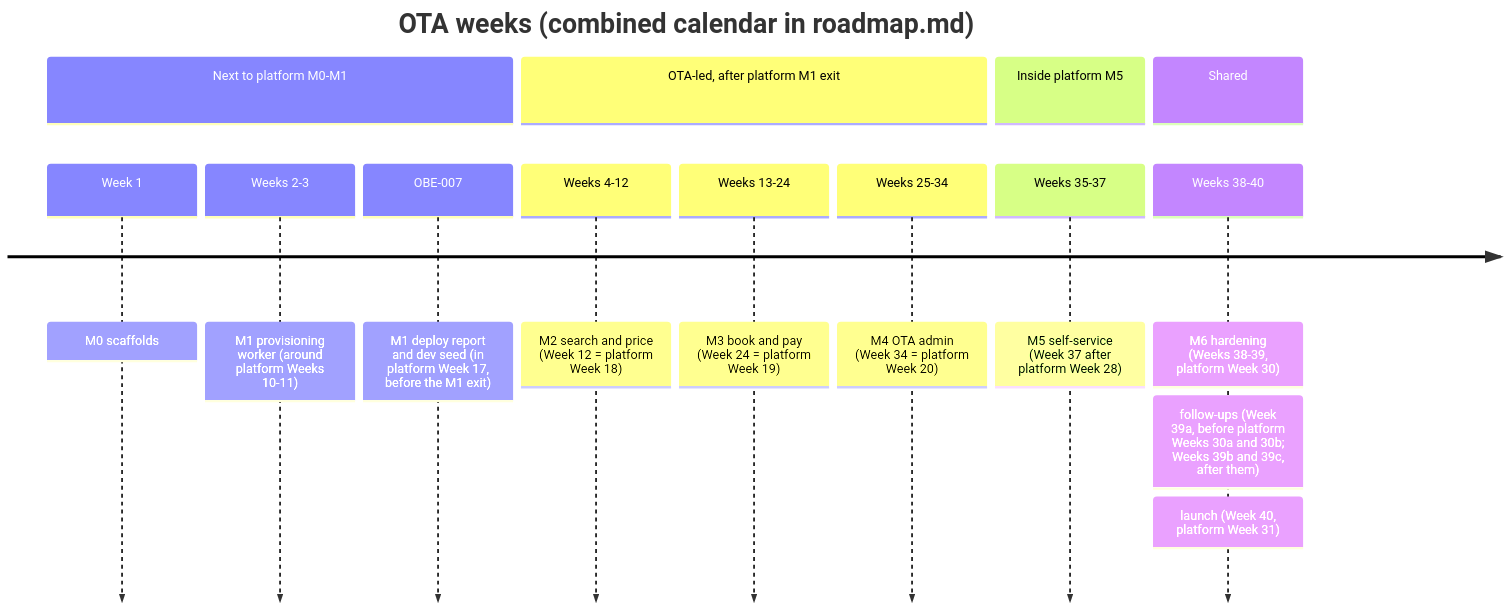
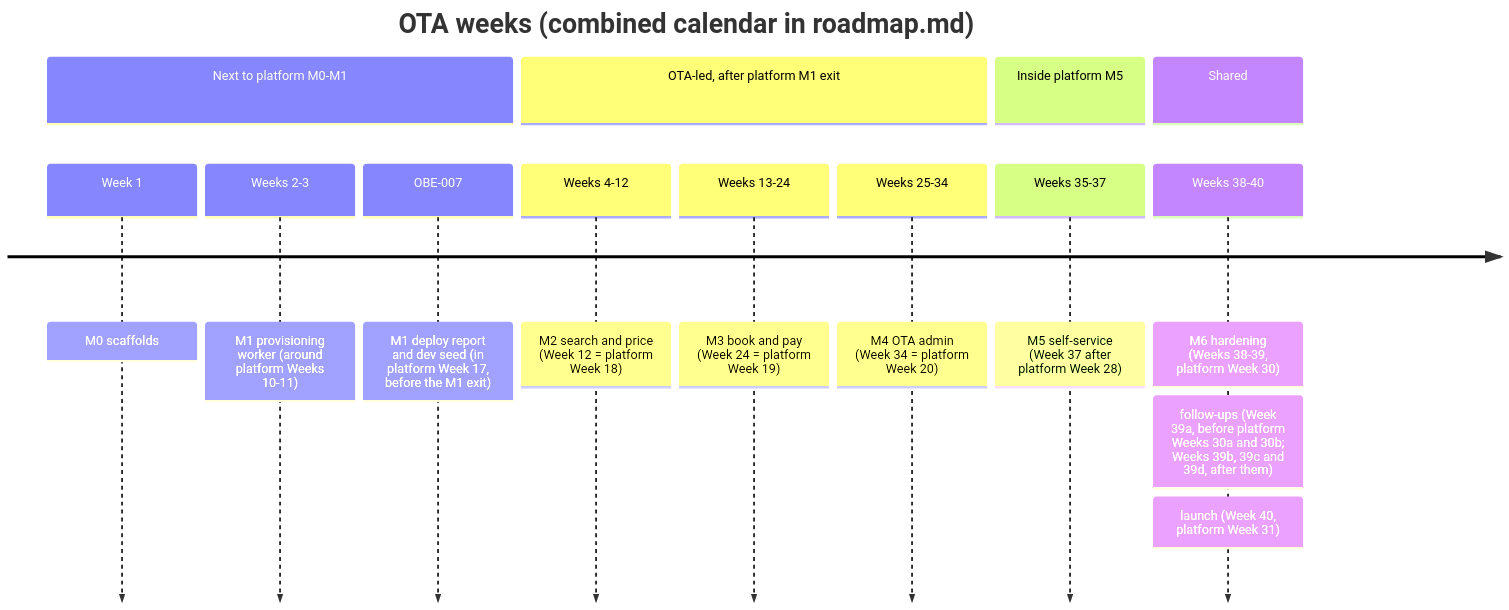
One commit to bhagwati-prasad/velexis-ota changed the diagram in ota/docs/plans/solo-developer-plan.md. Above: the diagram before and after it, drawn with Mermaid. The commit also changed other lines of this file and 25 other files, not shown here.

````diff
--- a/ota/docs/plans/solo-developer-plan.md
+++ b/ota/docs/plans/solo-developer-plan.md
@@ -70,16 +71,16 @@
 ```mermaid
 timeline
   title OTA weeks (combined calendar in roadmap.md)
   section Next to platform M0-M1
     Week 1 : M0 scaffolds
     Weeks 2-3 : M1 provisioning worker (around platform Weeks 10-11)
     OBE-007 : M1 deploy report and dev seed (in platform Week 17, before the M1 exit)
   section OTA-led, after platform M1 exit
     Weeks 4-12 : M2 search and price (Week 12 = platform Week 18)
     Weeks 13-24 : M3 book and pay (Week 24 = platform Week 19)
     Weeks 25-34 : M4 OTA admin (Week 34 = platform Week 20)
   section Inside platform M5
     Weeks 35-37 : M5 self-service (Week 37 after platform Week 28)
   section Shared
-    Weeks 38-40 : M6 hardening (Weeks 38-39, platform Week 30) : follow-ups (Week 39a, before platform Weeks 30a and 30b; Weeks 39b and 39c, after them) : launch (Week 40, platform Week 31)
+    Weeks 38-40 : M6 hardening (Weeks 38-39, platform Week 30) : follow-ups (Week 39a, before platform Weeks 30a and 30b; Weeks 39b, 39c and 39d, after them) : launch (Week 40, platform Week 31)
 ```
````
